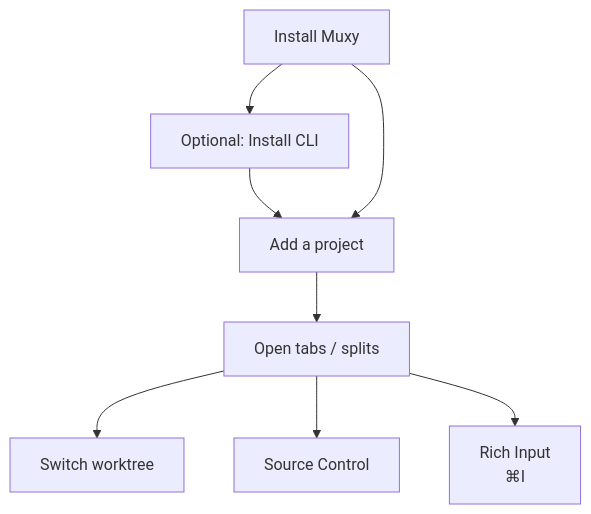
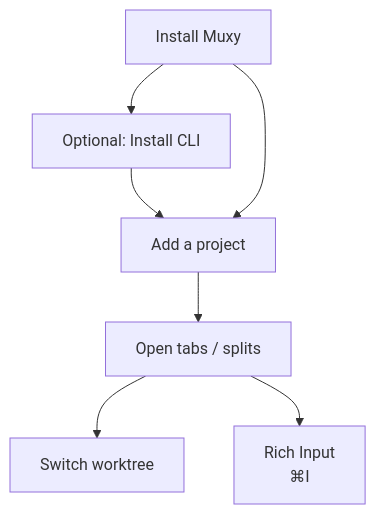
Before and after one commit to muxy-app/muxy: the diagram in docs/user-guide/getting-started.md, drawn with Mermaid. The commit also changed other lines of this file and 7 other files, not shown here.

````diff
--- a/docs/user-guide/getting-started.md
+++ b/docs/user-guide/getting-started.md
@@ -5,10 +5,9 @@
 ```mermaid
 flowchart TB
   Install[Install Muxy] --> CLI[Optional: Install CLI]
   CLI --> Add[Add a project]
   Install --> Add
   Add --> Tabs[Open tabs / splits]
   Tabs --> Worktree[Switch worktree]
-  Tabs --> VCS[Source Control]
   Tabs --> Rich[Rich Input<br/>⌘I]
 ```
````
